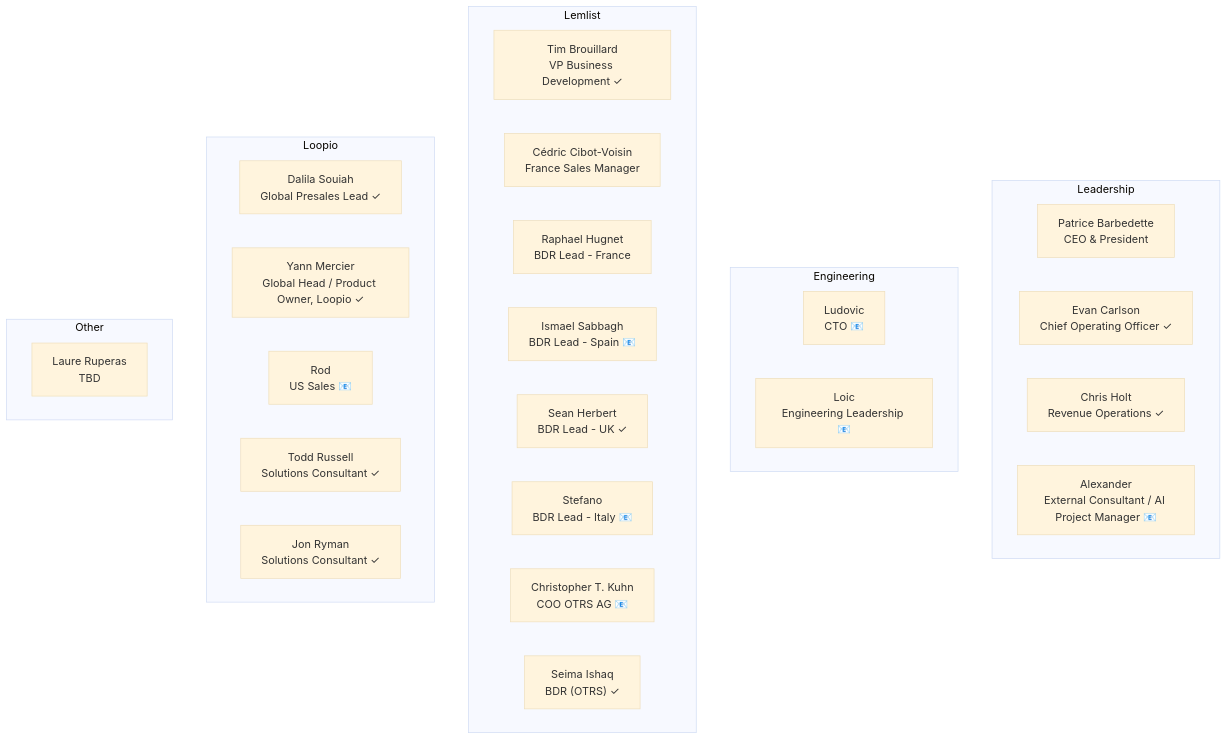
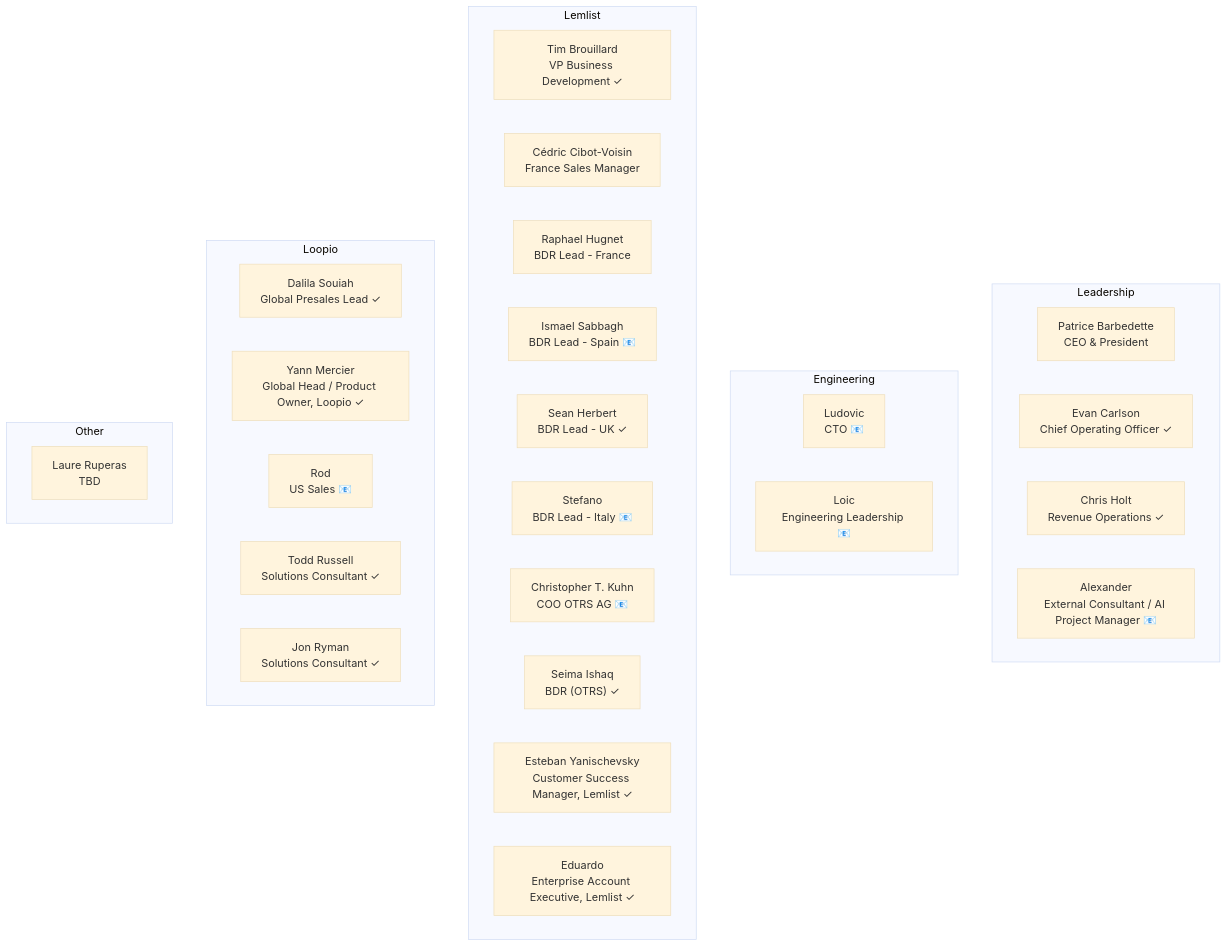
The diagram in easyvista-stakeholders.mermaid (pqsoccerboy17/EasyVista), drawn with Mermaid (base theme) before and after one commit. The commit also changed 55 other files, not shown here.

Commit message:
Add Esteban Yanischevsky (Lemlist CSM) and Eduardo (Lemlist AE) to stakeholders

````diff
--- a/easyvista-stakeholders.mermaid
+++ b/easyvista-stakeholders.mermaid
@@ -1,33 +1,35 @@
 ```mermaid
 flowchart TB
     subgraph Leadership
         Patrice_Barbedette["Patrice Barbedette<br/>CEO & President "]
         Evan_Carlson["Evan Carlson<br/>Chief Operating Officer ✓"]
         Chris_Holt["Chris Holt<br/>Revenue Operations ✓"]
         Alexander["Alexander<br/>External Consultant / AI Project Manager 📧"]
     end
     subgraph Engineering
         Ludovic["Ludovic<br/>CTO 📧"]
         Loic["Loic<br/>Engineering Leadership 📧"]
     end
     subgraph Lemlist
         Tim_Brouillard["Tim Brouillard<br/>VP Business Development ✓"]
         Cédric_Cibot-Voisin["Cédric Cibot-Voisin<br/>France Sales Manager "]
         Raphael_Hugnet["Raphael Hugnet<br/>BDR Lead - France "]
         Ismael_Sabbagh["Ismael Sabbagh<br/>BDR Lead - Spain 📧"]
         Sean_Herbert["Sean Herbert<br/>BDR Lead - UK ✓"]
         Stefano["Stefano<br/>BDR Lead - Italy 📧"]
         Christopher_T._Kuhn["Christopher T. Kuhn<br/>COO OTRS AG 📧"]
         Seima_Ishaq["Seima Ishaq<br/>BDR (OTRS) ✓"]
+        Esteban_Yanischevsky["Esteban Yanischevsky<br/>Customer Success Manager, Lemlist ✓"]
+        Eduardo["Eduardo<br/>Enterprise Account Executive, Lemlist ✓"]
     end
     subgraph Loopio
         Dalila_Souiah["Dalila Souiah<br/>Global Presales Lead ✓"]
         Yann_Mercier["Yann Mercier<br/>Global Head / Product Owner, Loopio ✓"]
         Rod["Rod<br/>US Sales 📧"]
         Todd_Russell["Todd Russell<br/>Solutions Consultant ✓"]
         Jon_Ryman["Jon Ryman<br/>Solutions Consultant ✓"]
     end
     subgraph Other
         Laure_Ruperas["Laure Ruperas<br/>TBD "]
     end
 ```
````
